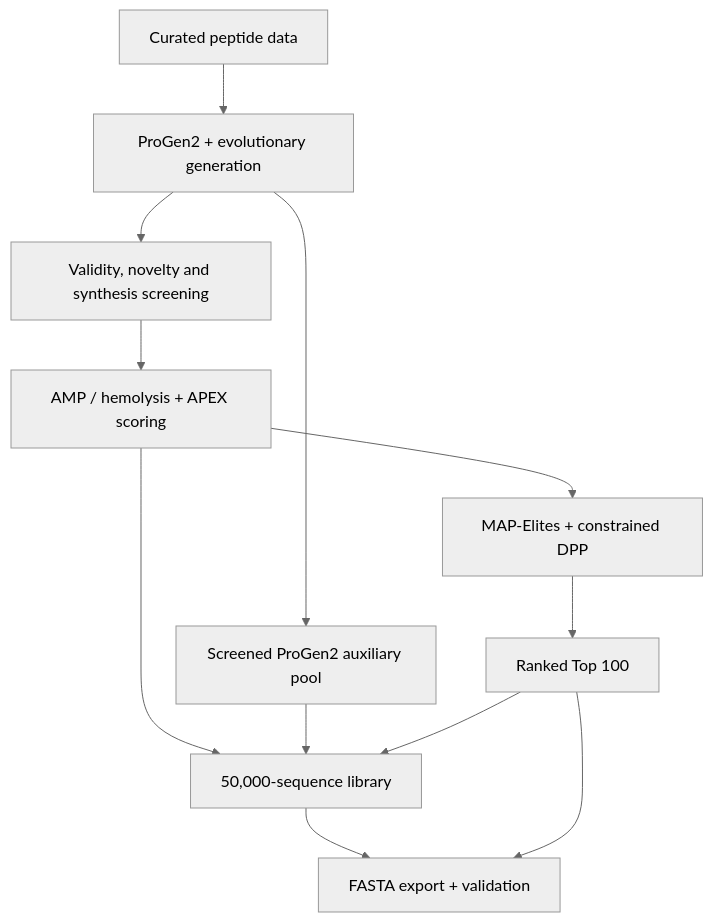
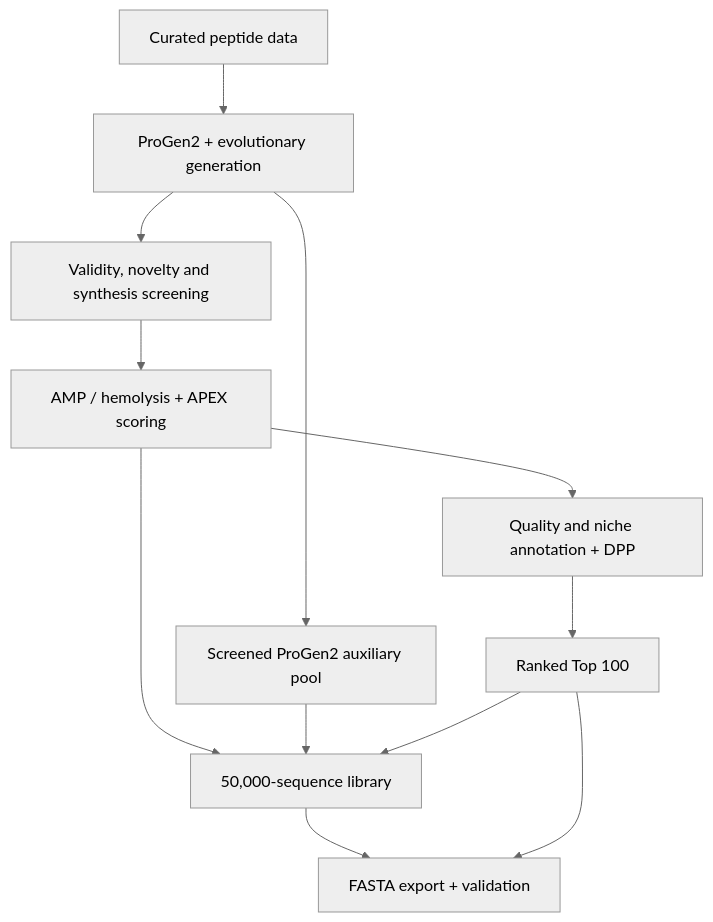
Before and after one commit to RishyanthReddy/amp-challenge-public: the diagram in README.md, drawn with Mermaid (neutral theme). The commit also changed other lines of this file and 53 other files, not shown here.

````diff
--- a/README.md
+++ b/README.md
@@ -37,14 +37,14 @@
 ```mermaid
 flowchart TD
     D[Curated peptide data] --> G[ProGen2 + evolutionary generation]
     G --> S[Validity, novelty and synthesis screening]
     S --> R[AMP / hemolysis + APEX scoring]
-    R --> Q[MAP-Elites + constrained DPP]
+    R --> Q[Quality and niche annotation + DPP]
     Q --> T[Ranked Top 100]
     G --> A[Screened ProGen2 auxiliary pool]
     R --> L[50,000-sequence library]
     A --> L
     T --> L
     L --> V[FASTA export + validation]
     T --> V
 ```
````
